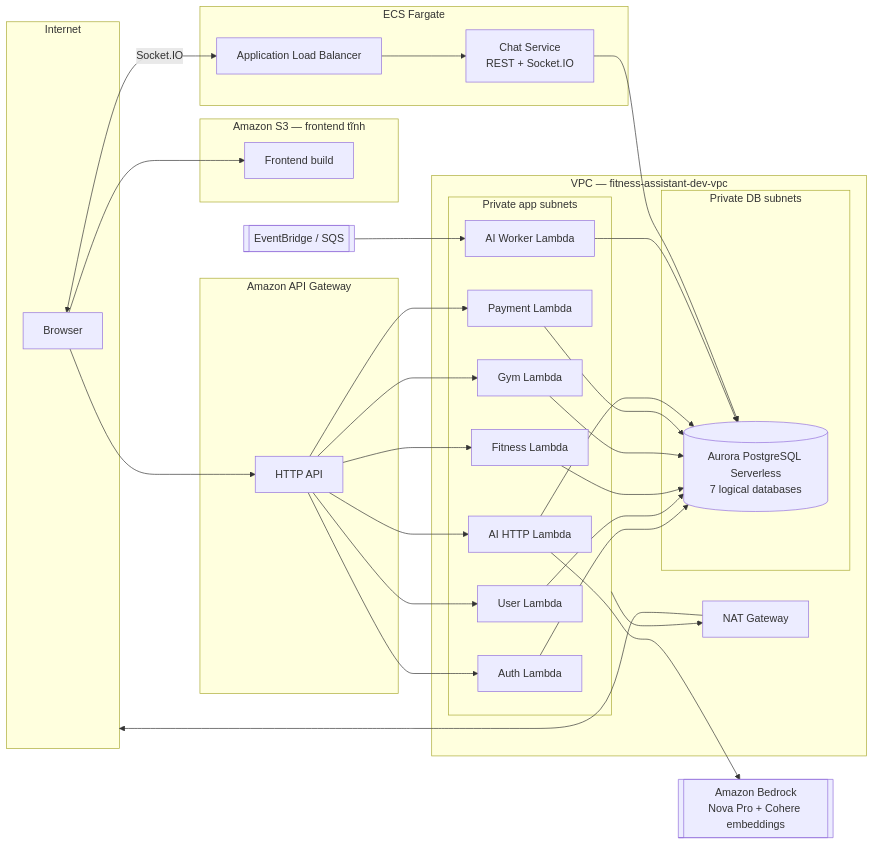
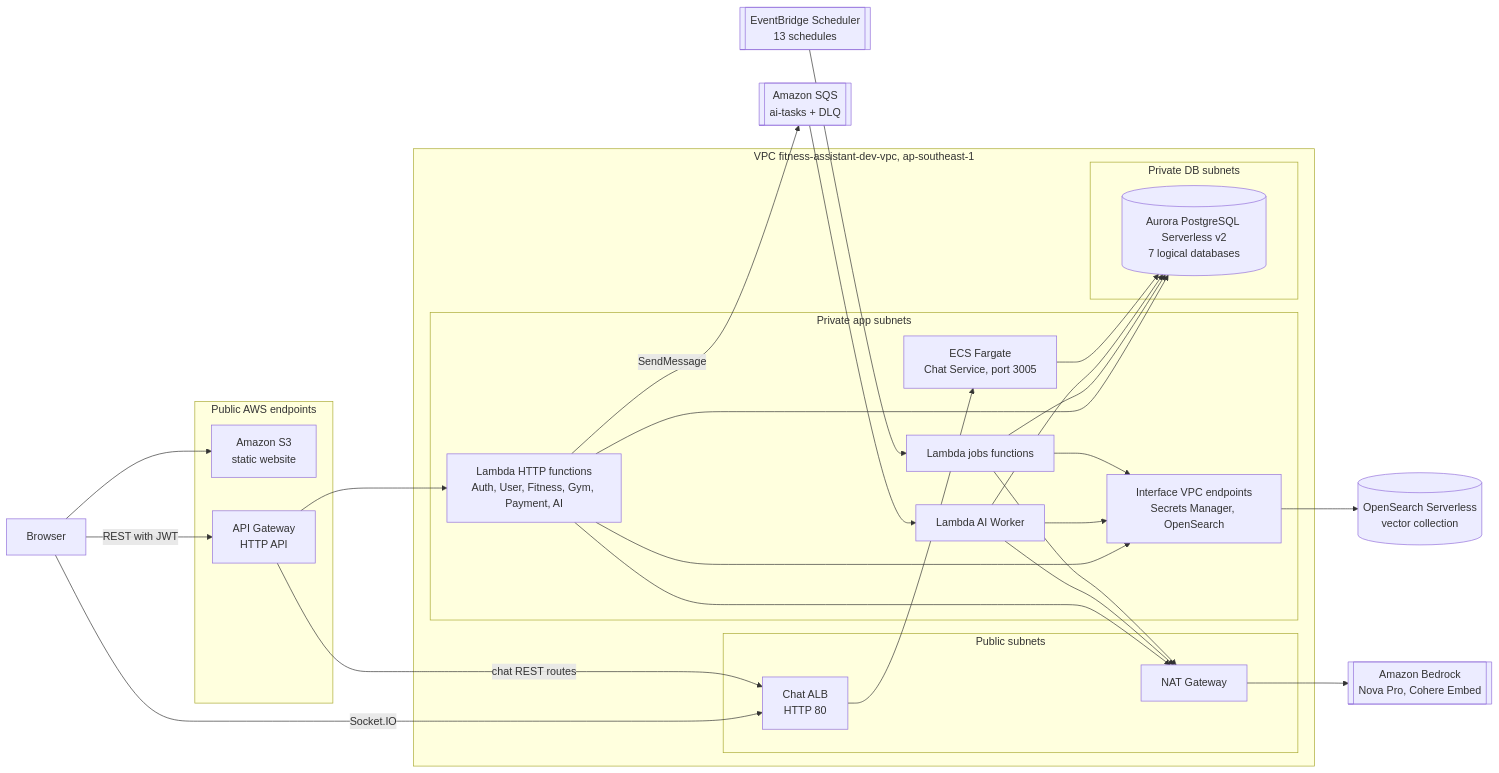
One commit to trmizy/FCAJ_Project_Personal changed the first of 2 diagrams in content/5-Workshop/5.2-Architecture-Description/5.2.2-Architecture-Diagram/_index.vi.md. Above: the diagram before and after it, drawn with Mermaid. The commit also changed other lines of this file and 461 other files, not shown here.

```diff
--- a/content/5-Workshop/5.2-Architecture-Description/5.2.2-Architecture-Diagram/_index.vi.md
+++ b/content/5-Workshop/5.2-Architecture-Description/5.2.2-Architecture-Diagram/_index.vi.md
@@ -13,49 +13,53 @@
-{{% mermaid %}}
-flowchart LR
-    subgraph Internet
-        User[Browser]
+{{< mermaid >}}
+graph LR
+    User[Browser]
+
+    subgraph Edge ["Public AWS endpoints"]
+        FE["Amazon S3<br/>static website"]
+        GW["API Gateway<br/>HTTP API"]
     end
 
-    subgraph S3["Amazon S3 — frontend tĩnh"]
-        FE[Frontend build]
+    subgraph VPC ["VPC fitness-assistant-dev-vpc, ap-southeast-1"]
+        subgraph Public ["Public subnets"]
+            ALB["Chat ALB<br/>HTTP 80"]
+            NAT["NAT Gateway"]
+        end
+        subgraph Private ["Private app subnets"]
+            L["Lambda HTTP functions<br/>Auth, User, Fitness, Gym, Payment, AI"]
+            J["Lambda jobs functions"]
+            W["Lambda AI Worker"]
+            C["ECS Fargate<br/>Chat Service, port 3005"]
+            VPCE["Interface VPC endpoints<br/>Secrets Manager, OpenSearch"]
+        end
+        subgraph DB ["Private DB subnets"]
+            A[("Aurora PostgreSQL Serverless v2<br/>7 logical databases")]
+        end
     end
 
-    subgraph APIGW["Amazon API Gateway"]
-        GW[HTTP API]
-    end
-
-    subgraph VPC["VPC — fitness-assistant-dev-vpc"]
-        subgraph Private["Private app subnets"]
-            Auth[Auth Lambda]
-            Usr[User Lambda]
-            Fit[Fitness Lambda]
-            Gym[Gym Lambda]
-            Pay[Payment Lambda]
-            AI[AI HTTP Lambda]
-            AIW[AI Worker Lambda]
-        end
-        subgraph DBSub["Private DB subnets"]
-            Aurora[("Aurora PostgreSQL Serverless\n7 logical databases")]
-        end
-        NAT[NAT Gateway]
-    end
-
-    subgraph ECS["ECS Fargate"]
-        ALB[Application Load Balancer]
-        Chat[Chat Service\nREST + Socket.IO]
-    end
-
-    Bedrock[[Amazon Bedrock\nNova Pro + Cohere embeddings]]
-    EventBridge[[EventBridge / SQS]]
+    SQS[["Amazon SQS<br/>ai-tasks + DLQ"]]
+    EB[["EventBridge Scheduler<br/>13 schedules"]]
+    BR[["Amazon Bedrock<br/>Nova Pro, Cohere Embed"]]
+    OS[("OpenSearch Serverless<br/>vector collection")]
 
     User --> FE
-    User --> GW
-    User <-->|Socket.IO| ALB
-    GW --> Auth & Usr & Fit & Gym & Pay & AI
-    ALB --> Chat
-    Auth & Usr & Fit & Gym & Pay & AI & AIW --> Aurora
-    Chat --> Aurora
-    Private --> NAT --> Internet
-    AI --> Bedrock
-    EventBridge --> AIW
-{{% /mermaid %}}
+    User -->|REST with JWT| GW
+    User -->|Socket.IO| ALB
+    GW --> L
+    GW -->|chat REST routes| ALB
+    ALB --> C
+    L --> A
+    J --> A
+    W --> A
+    C --> A
+    L -->|SendMessage| SQS
+    SQS --> W
+    EB --> J
+    L --> NAT
+    W --> NAT
+    J --> NAT
+    NAT --> BR
+    L --> VPCE
+    W --> VPCE
+    J --> VPCE
+    VPCE --> OS
+{{< /mermaid >}}
```
